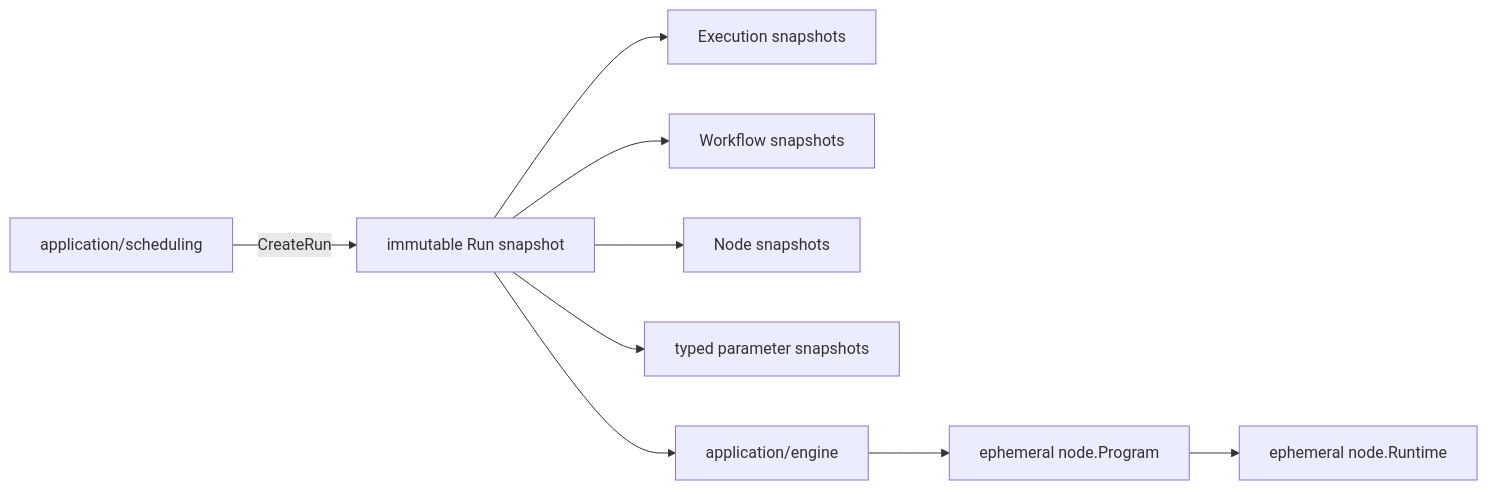
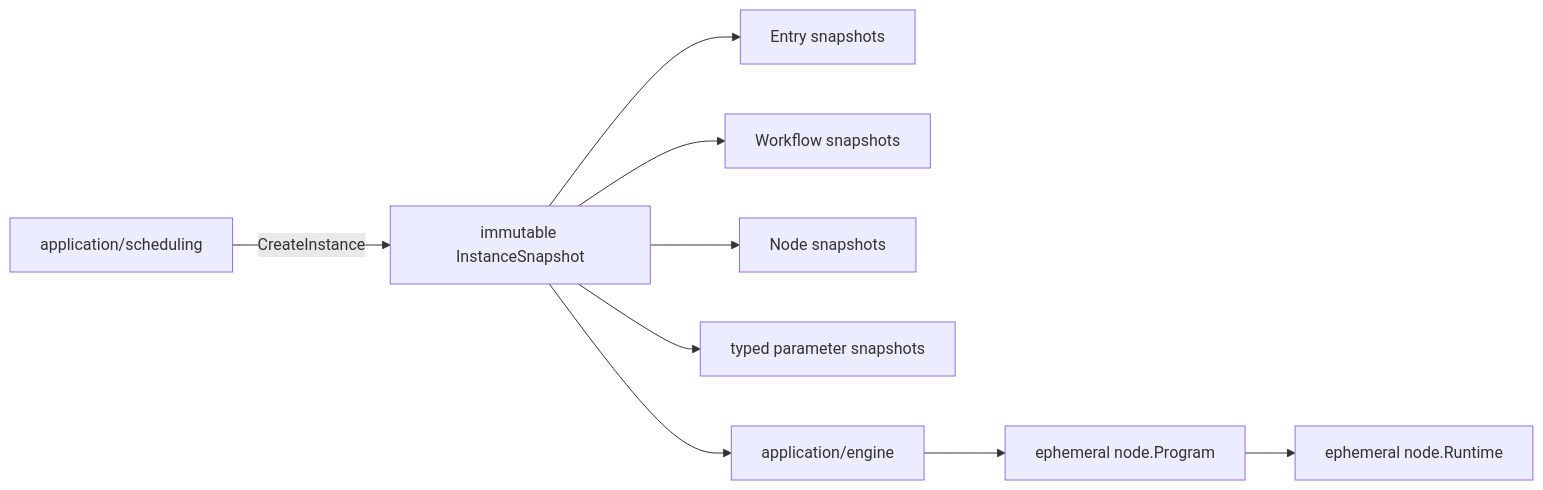
The diagram in docs/domains/execution.md (Capsule7446/healix-core), drawn with Mermaid before and after one commit. The commit also changed other lines of this file and 380 other files, not shown here.

````diff
--- a/docs/domains/execution.md
+++ b/docs/domains/execution.md
@@ -6,11 +9,11 @@
 ```mermaid
 flowchart LR
-  Scheduling[application/scheduling] -->|CreateRun| Run[immutable Run snapshot]
-  Run --> Executions[Execution snapshots]
+  Scheduling[application/scheduling] -->|CreateInstance| Run[immutable InstanceSnapshot]
+  Run --> Executions[Entry snapshots]
   Run --> Workflows[Workflow snapshots]
   Run --> Nodes[Node snapshots]
   Run --> Params[typed parameter snapshots]
   Run --> Engine[application/engine]
   Engine --> Program[ephemeral node.Program]
   Program --> Runtime[ephemeral node.Runtime]
 ```
````
